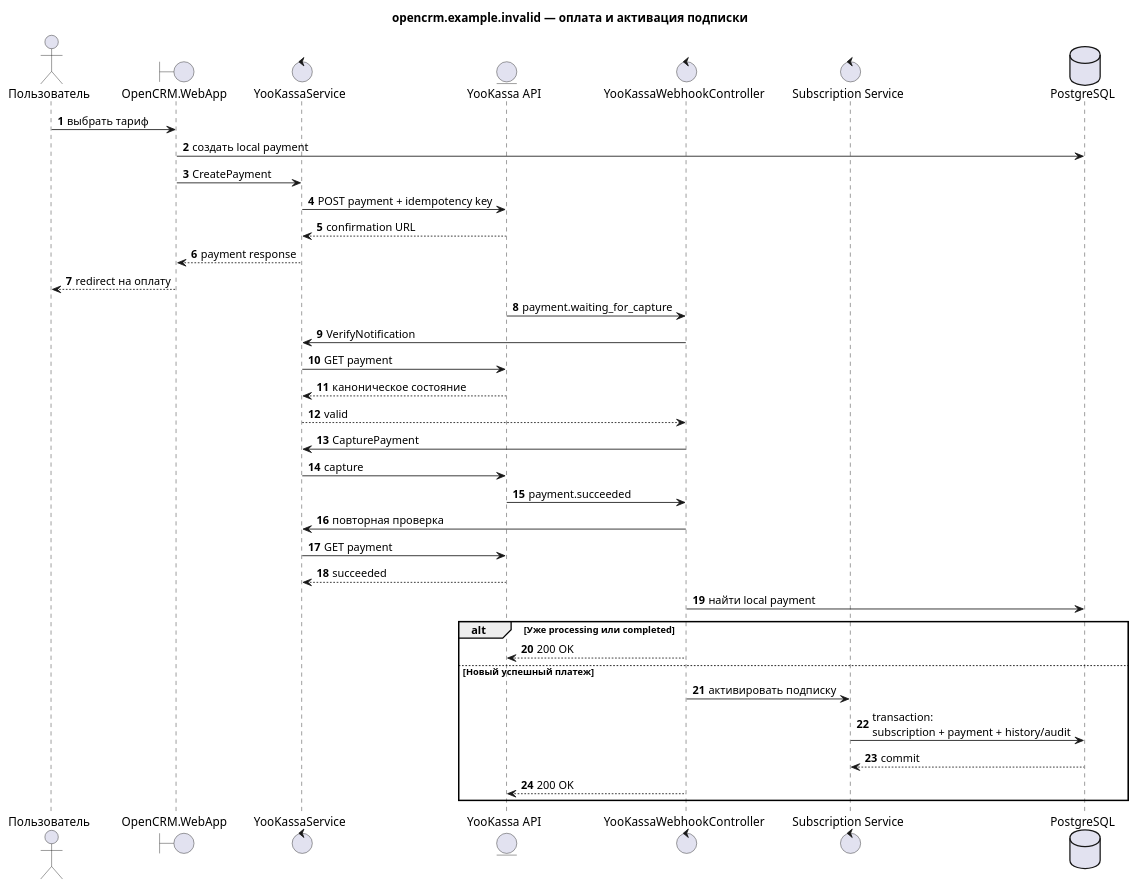
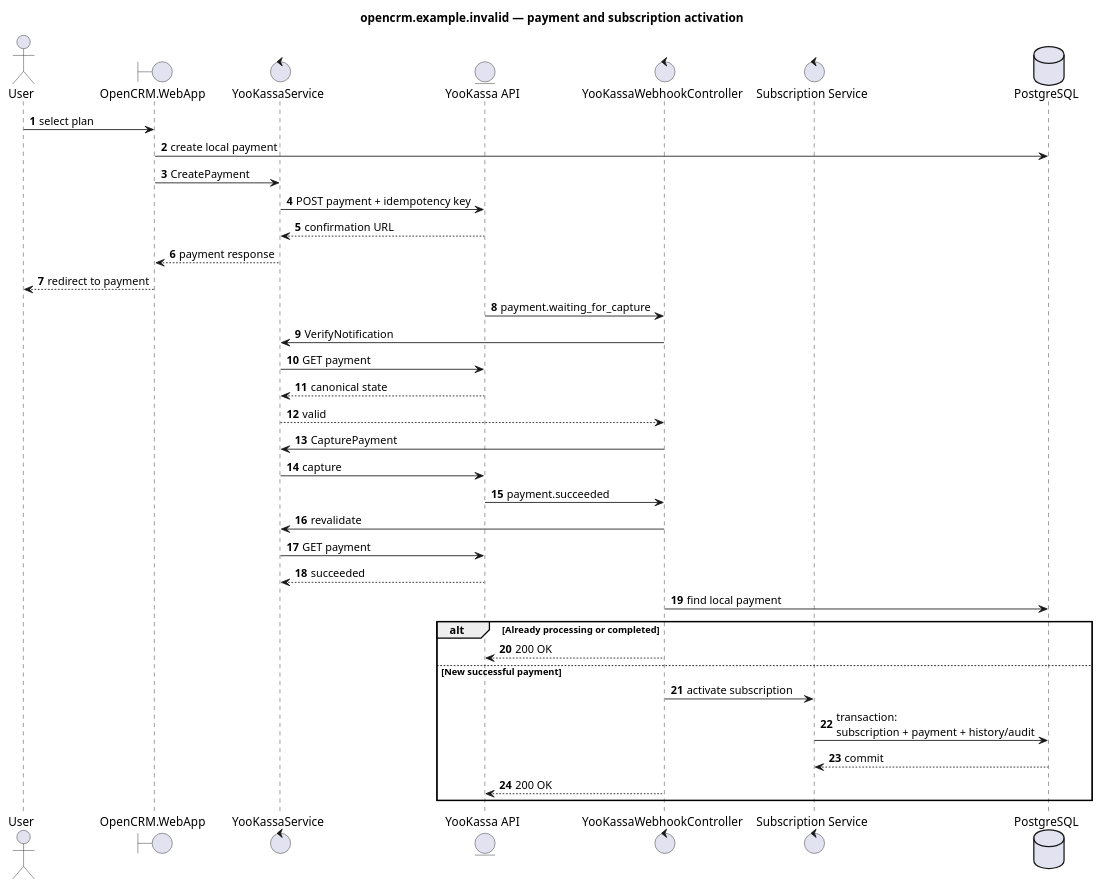
Before and after one commit to eddchervov/OpenCRM: the diagram in docs/uml/payment-sequence.puml, drawn with PlantUML. The commit also changed 139 other files, not shown here.

```diff
--- a/docs/uml/payment-sequence.puml
+++ b/docs/uml/payment-sequence.puml
@@ -1,44 +1,44 @@
 @startuml payment_sequence
-title opencrm.example.invalid — оплата и активация подписки
+title opencrm.example.invalid — payment and subscription activation
 
 autonumber
-actor "Пользователь" as User
+actor "User" as User
 boundary "OpenCRM.WebApp" as App
 control "YooKassaService" as PaymentService
 entity "YooKassa API" as YooKassa
 control "YooKassaWebhookController" as Webhook
 control "Subscription Service" as Subscription
 database "PostgreSQL" as Db
 
-User -> App : выбрать тариф
-App -> Db : создать local payment
+User -> App : select plan
+App -> Db : create local payment
 App -> PaymentService : CreatePayment
 PaymentService -> YooKassa : POST payment + idempotency key
 YooKassa --> PaymentService : confirmation URL
 PaymentService --> App : payment response
-App --> User : redirect на оплату
+App --> User : redirect to payment
 
 YooKassa -> Webhook : payment.waiting_for_capture
 Webhook -> PaymentService : VerifyNotification
 PaymentService -> YooKassa : GET payment
-YooKassa --> PaymentService : каноническое состояние
+YooKassa --> PaymentService : canonical state
 PaymentService --> Webhook : valid
 Webhook -> PaymentService : CapturePayment
 PaymentService -> YooKassa : capture
 
 YooKassa -> Webhook : payment.succeeded
-Webhook -> PaymentService : повторная проверка
+Webhook -> PaymentService : revalidate
 PaymentService -> YooKassa : GET payment
 YooKassa --> PaymentService : succeeded
-Webhook -> Db : найти local payment
+Webhook -> Db : find local payment
 
-alt Уже processing или completed
+alt Already processing or completed
   Webhook --> YooKassa : 200 OK
-else Новый успешный платеж
-  Webhook -> Subscription : активировать подписку
+else New successful payment
+  Webhook -> Subscription : activate subscription
   Subscription -> Db : transaction:\nsubscription + payment + history/audit
   Db --> Subscription : commit
   Webhook --> YooKassa : 200 OK
 end
 
 @enduml
```
